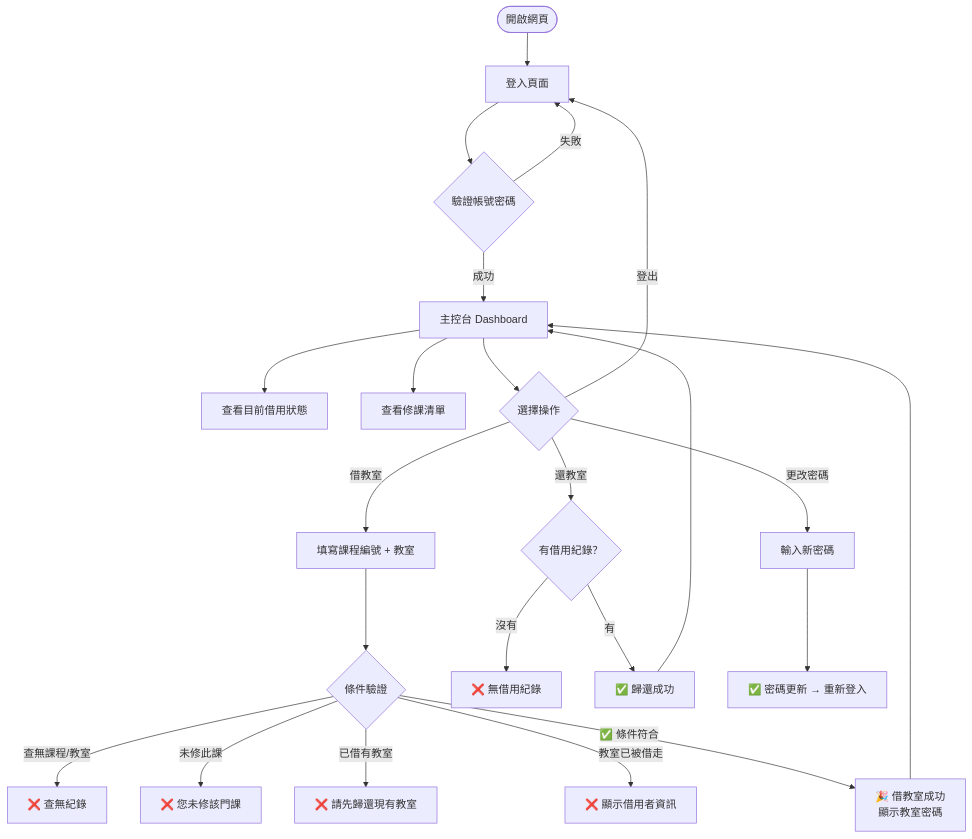
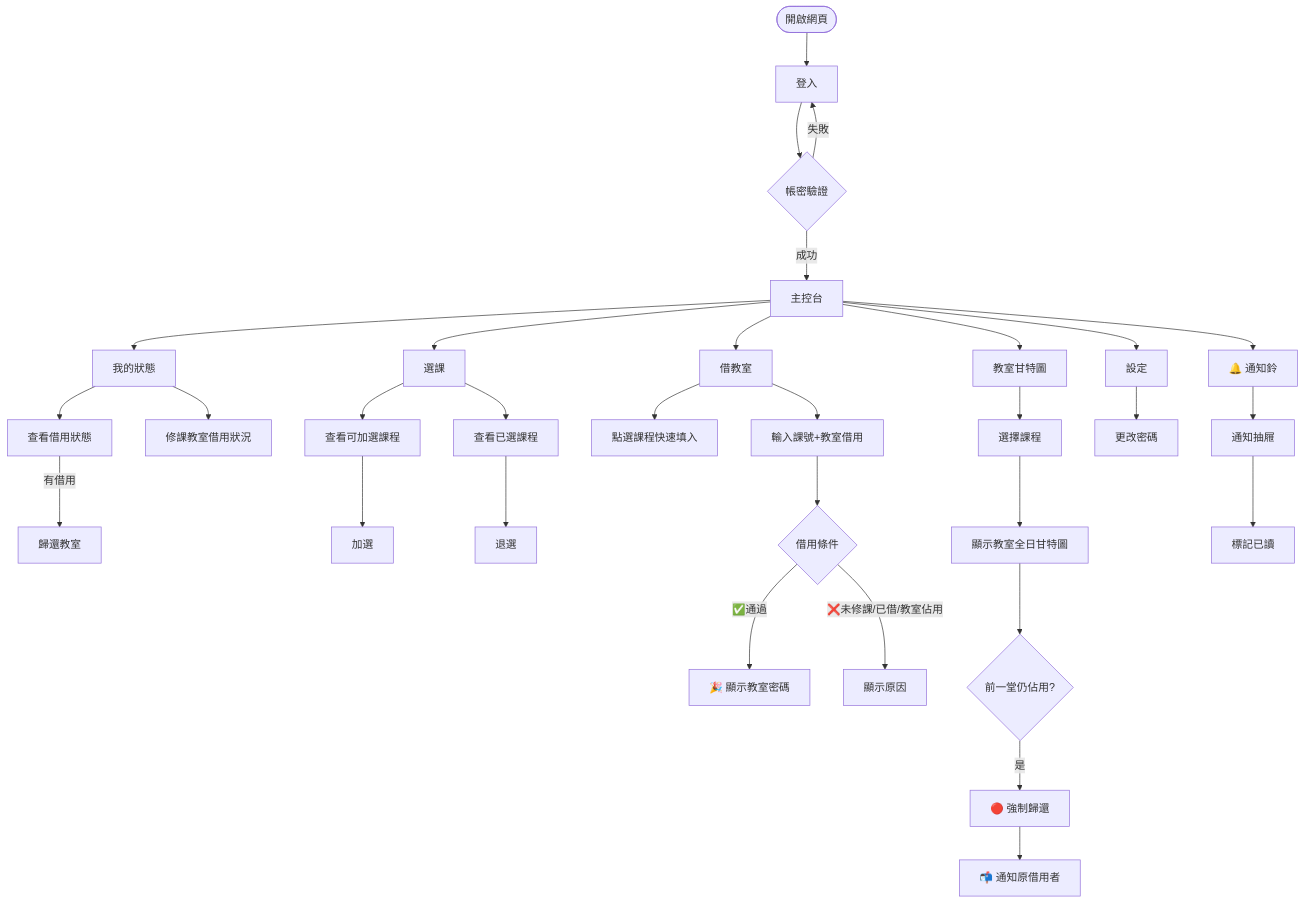
The second of 3 diagrams in README.md (k0341055/BorrowRoom), drawn with Mermaid before and after one commit. The commit also changed other lines of this file and 7 other files, not shown here.

First line of the commit message:
feat: expand to 學生個人管理系統 with enrollment, Gantt & notifications

````diff
--- a/README.md
+++ b/README.md
@@ -57,30 +76,40 @@
 ```mermaid
 flowchart TD
-    Start([開啟網頁]) --> Login[登入頁面]
-    Login --> Auth{驗證帳號密碼}
+    Start([開啟網頁]) --> Login[登入]
+    Login --> Auth{帳密驗證}
     Auth -->|失敗| Login
-    Auth -->|成功| Dashboard[主控台 Dashboard]
+    Auth -->|成功| Dashboard[主控台]
 
-    Dashboard --> ViewStatus[查看目前借用狀態]
-    Dashboard --> ViewCourses[查看修課清單]
-    Dashboard --> Choose{選擇操作}
+    Dashboard --> T1[我的狀態]
+    Dashboard --> T2[選課]
+    Dashboard --> T3[借教室]
+    Dashboard --> T4[教室甘特圖]
+    Dashboard --> T5[設定]
 
-    Choose -->|借教室| BorrowForm[填寫課程編號 + 教室]
-    BorrowForm --> Check{條件驗證}
-    Check -->|查無課程/教室| ErrNotFound[❌ 查無紀錄]
-    Check -->|未修此課| ErrEnroll[❌ 您未修該門課]
-    Check -->|已借有教室| ErrAlready[❌ 請先歸還現有教室]
-    Check -->|教室已被借走| ErrOccupied[❌ 顯示借用者資訊]
-    Check -->|✅ 條件符合| BorrowOK[🎉 借教室成功<br/>顯示教室密碼]
-    BorrowOK --> Dashboard
+    T1 --> S1[查看借用狀態]
+    T1 --> S2[修課教室借用狀況]
+    S1 -->|有借用| Return[歸還教室]
 
-    Choose -->|還教室| ReturnCheck{有借用紀錄？}
-    ReturnCheck -->|沒有| ErrNoRecord[❌ 無借用紀錄]
-    ReturnCheck -->|有| ReturnOK[✅ 歸還成功]
-    ReturnOK --> Dashboard
+    T2 --> E1[查看已選課程]
+    T2 --> E2[查看可加選課程]
+    E2 --> Enroll[加選]
+    E1 --> Drop[退選]
 
-    Choose -->|更改密碼| ChangePw[輸入新密碼]
-    ChangePw --> PwOK[✅ 密碼更新 → 重新登入]
+    T3 --> B1[點選課程快速填入]
+    T3 --> B2[輸入課號+教室借用]
+    B2 --> BCheck{借用條件}
+    BCheck -->|✅通過| BorrowOK[🎉 顯示教室密碼]
+    BCheck -->|❌未修課/已借/教室佔用| BorrowFail[顯示原因]
 
-    Choose -->|登出| Login
+    T4 --> G1[選擇課程]
+    G1 --> G2[顯示教室全日甘特圖]
+    G2 --> G3{前一堂仍佔用?}
+    G3 -->|是| ForceReturn[🔴 強制歸還]
+    ForceReturn --> Notify[📬 通知原借用者]
+
+    T5 --> PW[更改密碼]
+
+    Dashboard --> Bell[🔔 通知鈴]
+    Bell --> NotifDrawer[通知抽屜]
+    NotifDrawer --> MarkRead[標記已讀]
 ```
````
